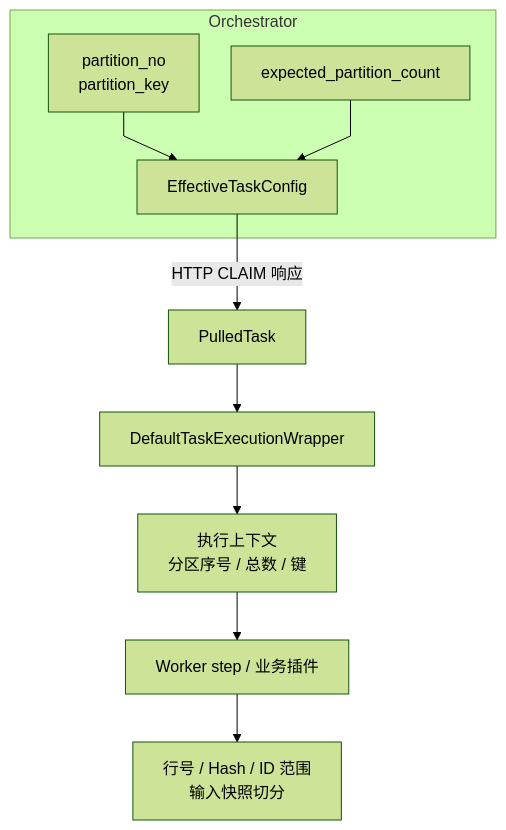
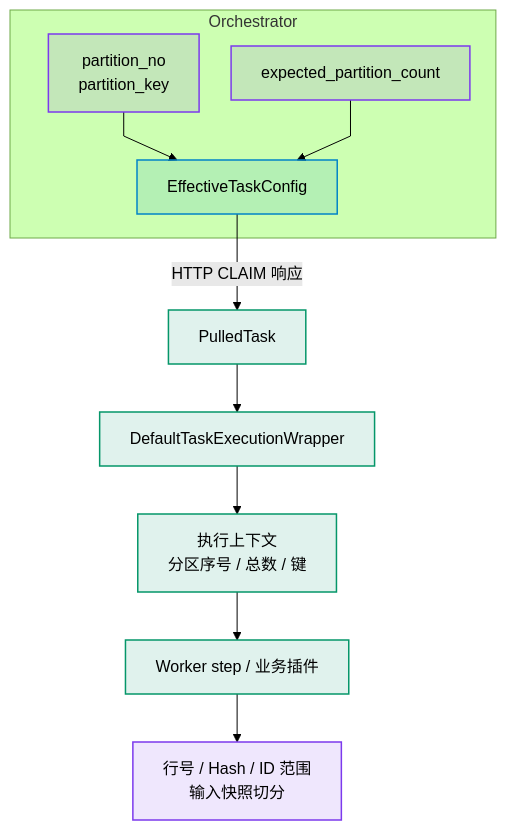
One commit to pinpols/file-batch-system changed the second of 6 diagrams in docs/architecture/core-model.md. Above: the diagram before and after it, drawn with Mermaid (forest theme). The commit also changed 34 other files, not shown here.

First line of the commit message:
docs(diagram): 完成 P3 Mermaid 图样式收口并补充制图规范 (#1390)

````diff
--- a/docs/architecture/core-model.md
+++ b/docs/architecture/core-model.md
@@ -172,13 +172,17 @@
 ```mermaid
 %%{init: {"flowchart":{"curve":"linear","nodeSpacing":32,"rankSpacing":48},"sequence":{"mirrorActors":false}}}%%
 flowchart TB
   subgraph O["Orchestrator"]
-    P["partition_no<br/>partition_key"] --> CFG["EffectiveTaskConfig"]
-    J["expected_partition_count"] --> CFG
+    P["partition_no<br/>partition_key"]:::store --> CFG["EffectiveTaskConfig"]:::control
+    J["expected_partition_count"]:::store --> CFG
   end
-  CFG -->|"HTTP CLAIM 响应"| T["PulledTask"]
-  T --> W["DefaultTaskExecutionWrapper"]
-  W --> C["执行上下文<br/>分区序号 / 总数 / 键"]
-  C --> PL["Worker step / 业务插件"]
-  PL --> S["行号 / Hash / ID 范围<br/>输入快照切分"]
+  CFG -->|"HTTP CLAIM 响应"| T["PulledTask"]:::worker
+  T --> W["DefaultTaskExecutionWrapper"]:::worker
+  W --> C["执行上下文<br/>分区序号 / 总数 / 键"]:::worker
+  C --> PL["Worker step / 业务插件"]:::worker
+  PL --> S["行号 / Hash / ID 范围<br/>输入快照切分"]:::store
+
+  classDef control fill:#0284c71f,stroke:#0284c7,stroke-width:1.5px
+  classDef worker fill:#0596691f,stroke:#059669,stroke-width:1.5px
+  classDef store fill:#7c3aed1f,stroke:#7c3aed,stroke-width:1.5px
 ```
````
